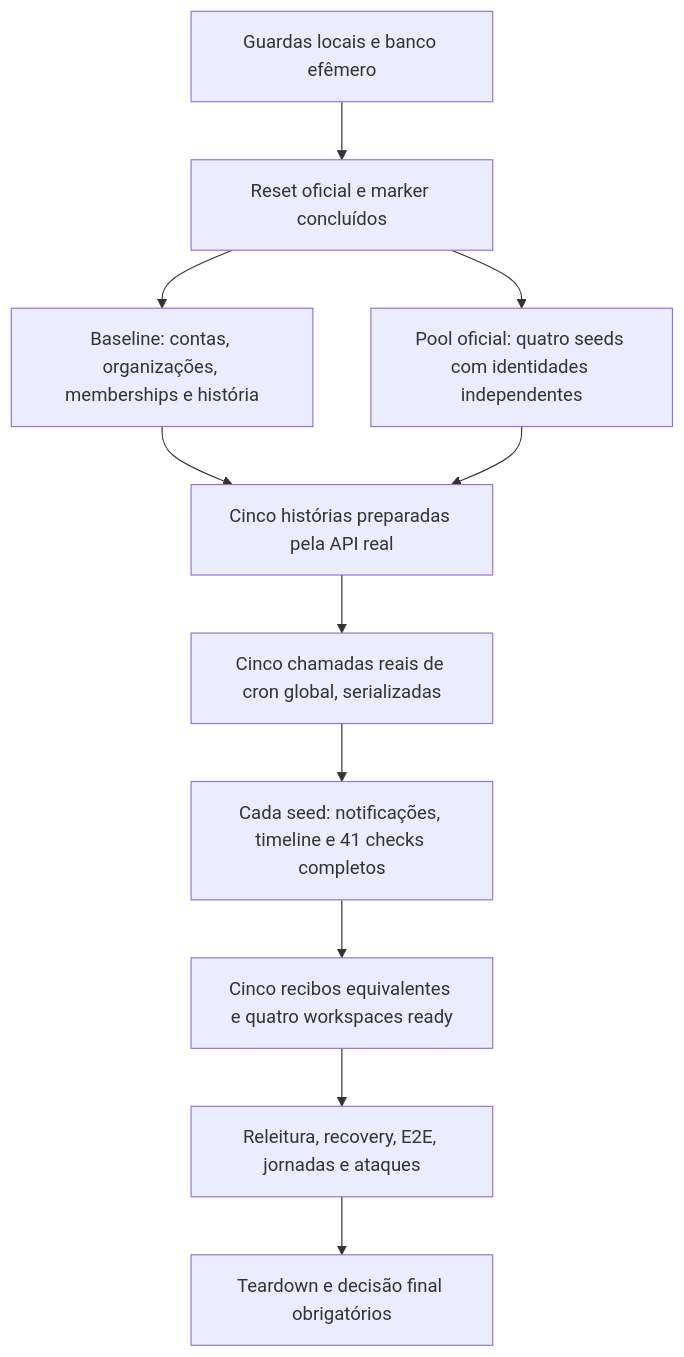
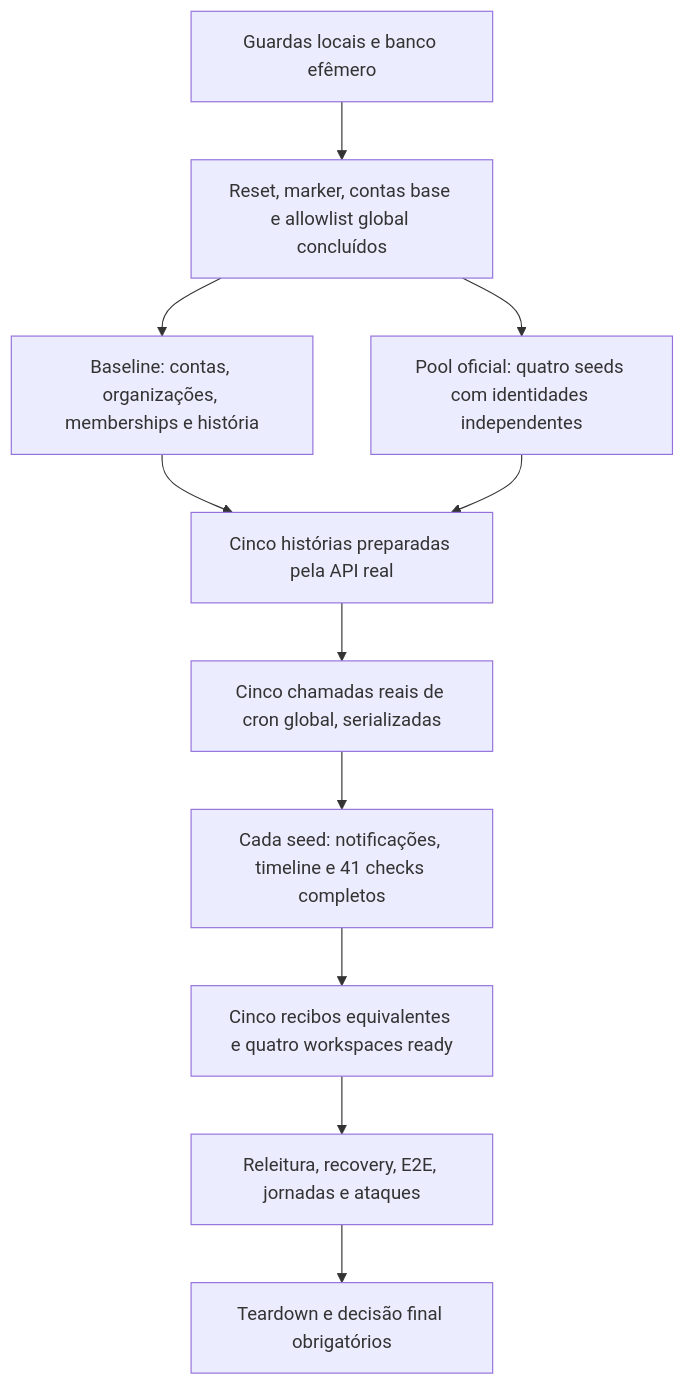
The diagram in docs/CI_SEED_POOL_V8.md (lucasweber1202/Arandu), drawn with Mermaid before and after one commit. The commit also changed 32 other files, not shown here.

````diff
--- a/docs/CI_SEED_POOL_V8.md
+++ b/docs/CI_SEED_POOL_V8.md
@@ -27,13 +27,13 @@
 ```mermaid
 flowchart TD
-  A[Guardas locais e banco efêmero] --> B[Reset oficial e marker concluídos]
+  A[Guardas locais e banco efêmero] --> B[Reset, marker, contas base e allowlist global concluídos]
   B --> C[Baseline: contas, organizações, memberships e história]
   B --> D[Pool oficial: quatro seeds com identidades independentes]
   C --> E[Cinco histórias preparadas pela API real]
   D --> E
   E --> F[Cinco chamadas reais de cron global, serializadas]
   F --> G[Cada seed: notificações, timeline e 41 checks completos]
   G --> H[Cinco recibos equivalentes e quatro workspaces ready]
   H --> I[Releitura, recovery, E2E, jornadas e ataques]
   I --> J[Teardown e decisão final obrigatórios]
 ```
````
